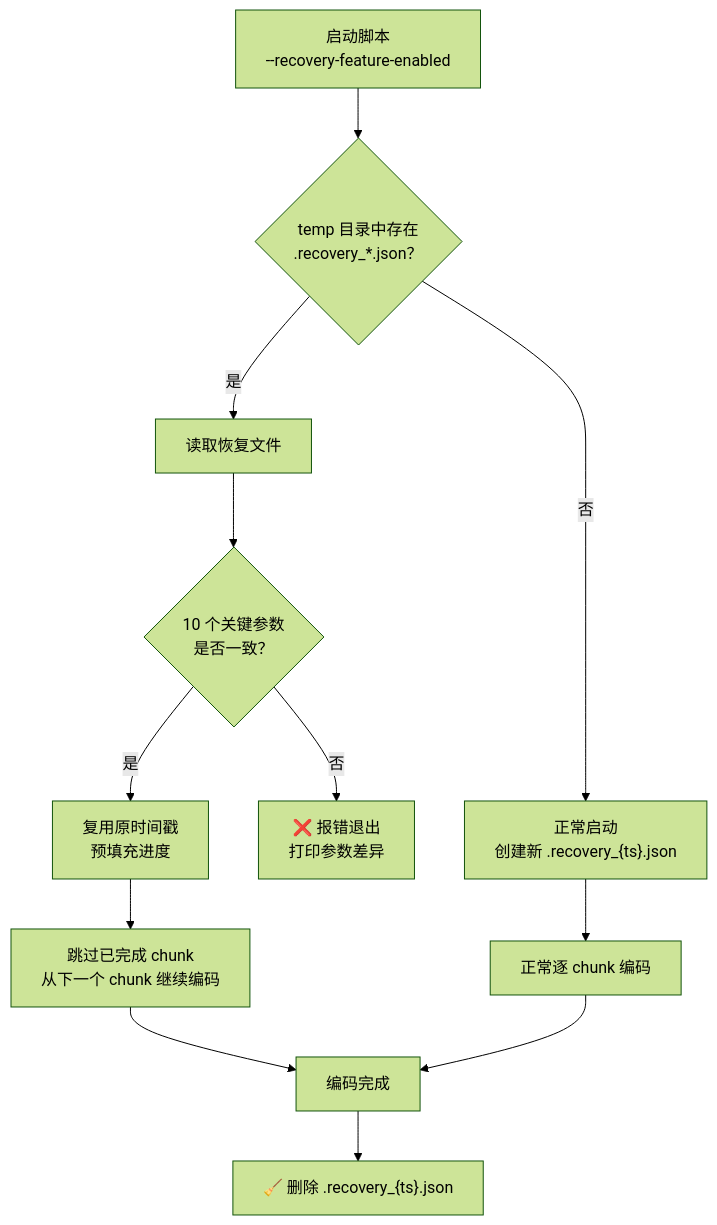
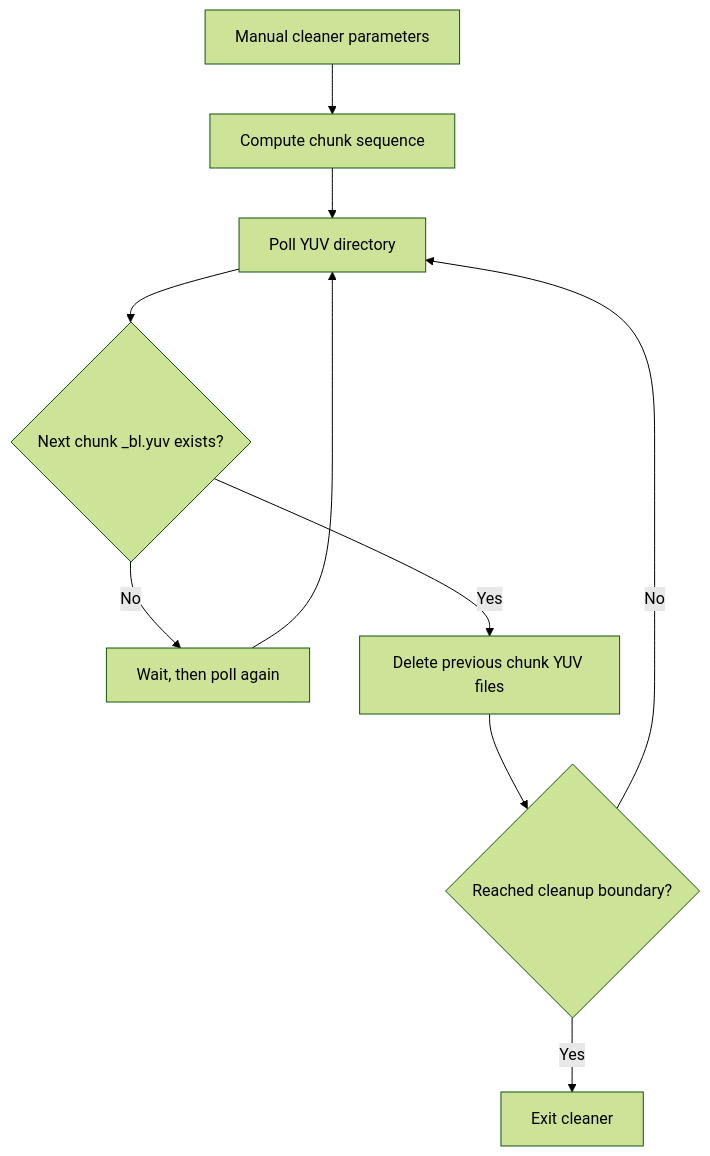
The fourth of 4 diagrams in README.md (LumaVistaLab/DEE_Workflow), drawn with Mermaid (forest theme) before and after one commit. The commit also changed other lines of this file and 50 other files, not shown here.

````diff
--- a/README.md
+++ b/README.md
@@ -431,14 +357,12 @@
 ```mermaid
 flowchart TD
-    A["启动脚本\n--recovery-feature-enabled"] --> B{"temp 目录中存在\n.recovery_*.json？"}
-    B -->|"否"| C["正常启动\n创建新 .recovery_{ts}.json"]
-    B -->|"是"| D["读取恢复文件"]
-    D --> E{"10 个关键参数\n是否一致？"}
-    E -->|"否"| F["❌ 报错退出\n打印参数差异"]
-    E -->|"是"| G["复用原时间戳\n预填充进度"]
-    G --> H["跳过已完成 chunk\n从下一个 chunk 继续编码"]
-    C --> I["正常逐 chunk 编码"]
-    H --> J["编码完成"]
-    I --> J
-    J --> K["🧹 删除 .recovery_{ts}.json"]
+    A["Manual cleaner parameters"] --> B["Compute chunk sequence"]
+    B --> C["Poll YUV directory"]
+    C --> D{"Next chunk _bl.yuv exists?"}
+    D -->|"No"| E["Wait, then poll again"]
+    E --> C
+    D -->|"Yes"| F["Delete previous chunk YUV files"]
+    F --> G{"Reached cleanup boundary?"}
+    G -->|"No"| C
+    G -->|"Yes"| H["Exit cleaner"]
 ```
````
